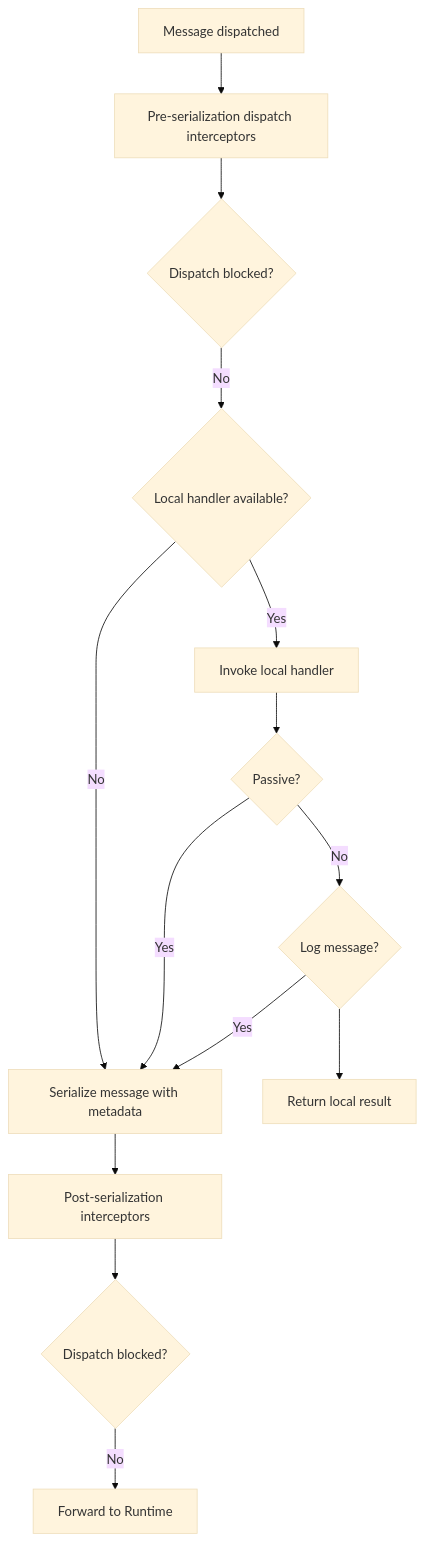
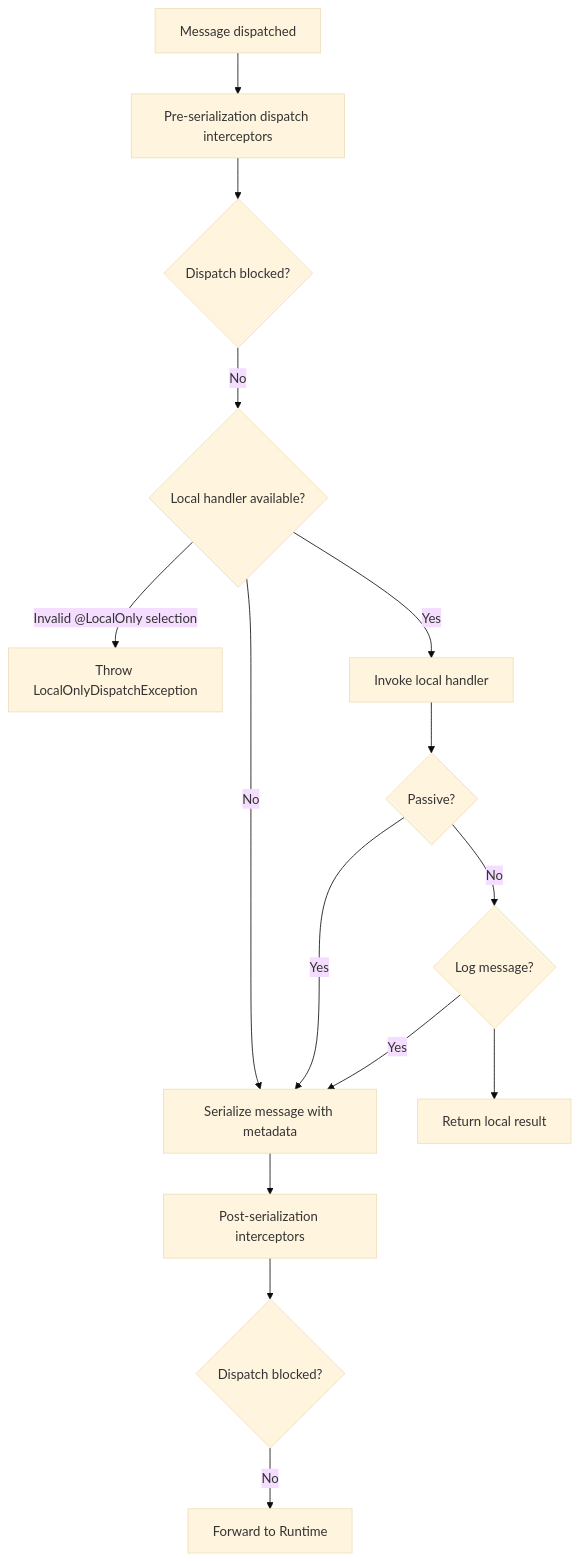
Before and after one commit to fluxzero-io/fluxzero-sdk-java: the diagram in docs/developer/guides/Messaging/015-sending-messages.mdx, drawn with Mermaid (base theme). The commit also changed other lines of this file and 19 other files, not shown here.

First line of the commit message:
feat(publishing): add fail-closed local dispatch

````diff
--- a/docs/developer/guides/Messaging/015-sending-messages.mdx
+++ b/docs/developer/guides/Messaging/015-sending-messages.mdx
@@ -261,16 +265,17 @@
 ```mermaid
 graph TD
     START[Message dispatched] --> PRE[Pre-serialization dispatch interceptors]
     PRE --> PRE_BLOCK{Dispatch blocked?}
     PRE_BLOCK -->|No| HANDLERS{Local handler available?}
+    HANDLERS -->|Invalid @LocalOnly selection| FAIL_LOCAL[Throw LocalOnlyDispatchException]
     HANDLERS -->|Yes| LOCAL[Invoke local handler]
     HANDLERS -->|No| SERIALIZE[Serialize message with metadata]
     LOCAL --> PASSIVE{Passive?}
     PASSIVE -->|Yes| SERIALIZE
     PASSIVE -->|No| LOG_MESSAGE{Log message?}
     LOG_MESSAGE -->|Yes| SERIALIZE
     LOG_MESSAGE --> RETURN_LOCAL_RESULT[Return local result]
     SERIALIZE --> POST[Post-serialization interceptors]
     POST --> POST_BLOCK{Dispatch blocked?}
     POST_BLOCK -->|No| FORWARD[Forward to Runtime]
 ```
````
